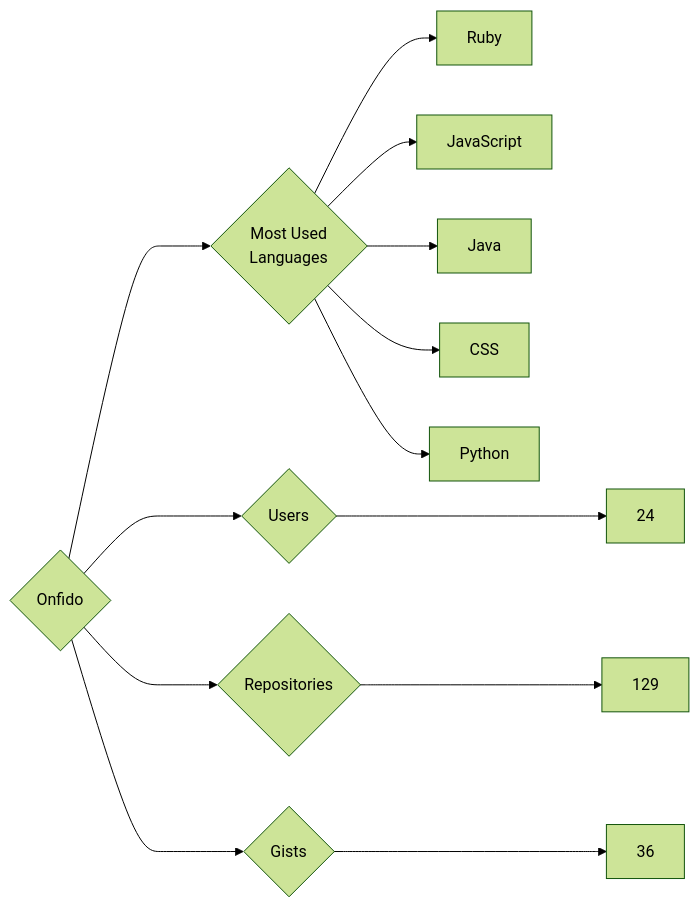
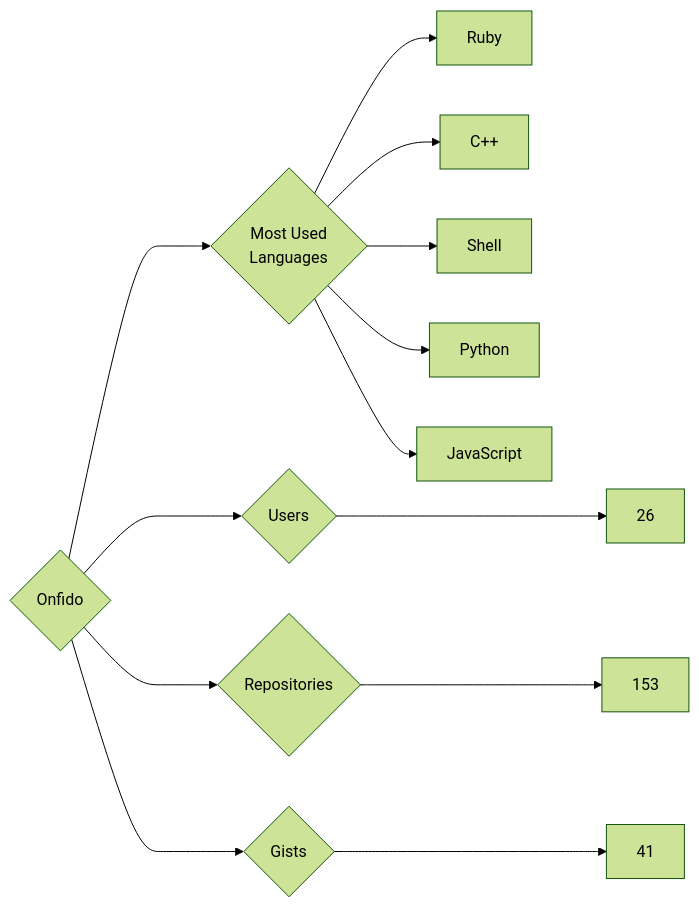
One commit to trickest/insiders changed the diagram in targets/Onfido/README.md. Above: the diagram before and after it, drawn with Mermaid (forest theme). The commit also changed 871 other files, not shown here.

````diff
--- a/targets/Onfido/README.md
+++ b/targets/Onfido/README.md
@@ -3,13 +3,13 @@
 ```mermaid
 graph LR
 COMPANY_NAME{Onfido}
-COMPANY_NAME ---> U{Users} ---> UN[24]
-COMPANY_NAME ---> R{Repositories} ---> RN[129]
-COMPANY_NAME ---> G{Gists} ---> GN[36]
+COMPANY_NAME ---> U{Users} ---> UN[26]
+COMPANY_NAME ---> R{Repositories} ---> RN[153]
+COMPANY_NAME ---> G{Gists} ---> GN[41]
 COMPANY_NAME ---> ML{Most Used<br>Languages}
 ML --> Ruby[Ruby]
+ML --> C++[C++]
+ML --> Shell[Shell]
+ML --> Python[Python]
 ML --> JavaScript[JavaScript]
-ML --> Java[Java]
-ML --> CSS[CSS]
-ML --> Python[Python]
 ```
````
